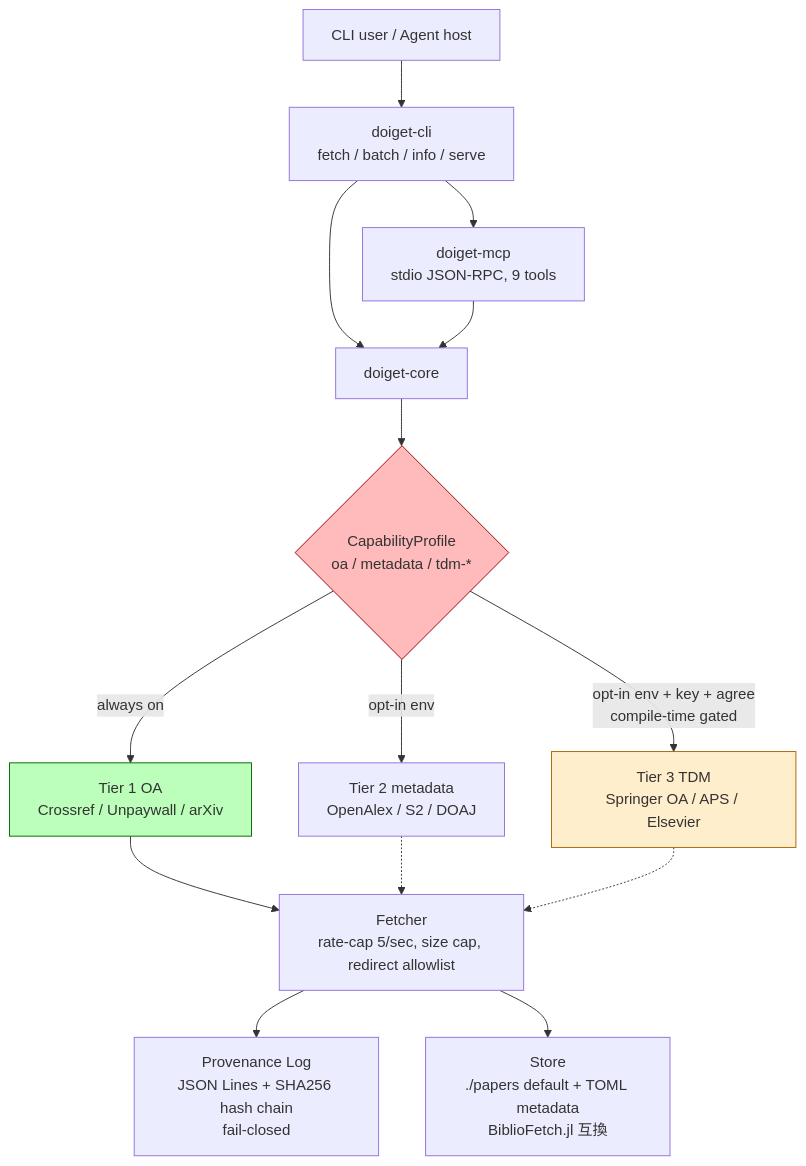
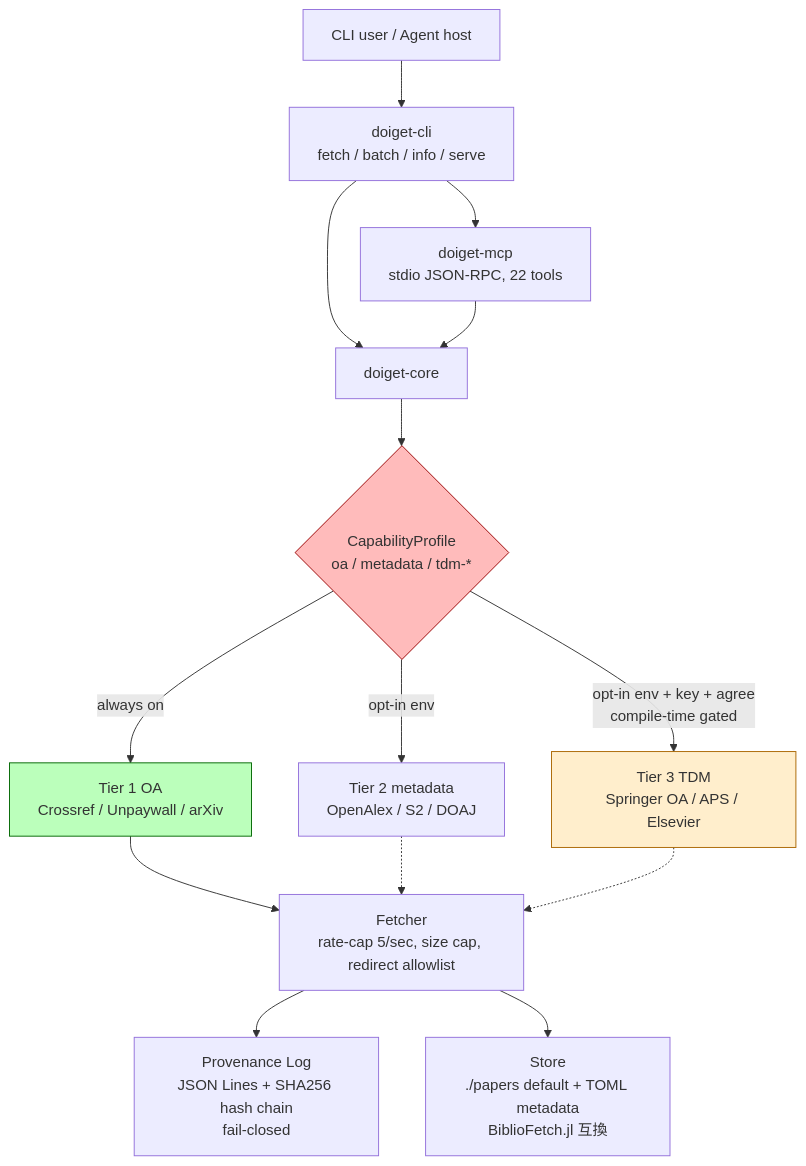
One commit to QAtlasHub/doiget changed the first of 3 diagrams in docs/ARCHITECTURE.md. Above: the diagram before and after it, drawn with Mermaid. The commit also changed 2 other files, not shown here.

Commit message:
docs: the architecture diagram said 9 MCP tools; there are 22
`#[tool(` appears 22 times in doiget-mcp/src/lib.rs and MCP_TOOLS.md
documents 22 names. INTEGRATION/claude-code.md already said 22, so two
documents in the same repository have been contradicting each other since
somewhere before 0.8.6 -- which is when the 22-tool safety annotations
shipped.

Found while answering what the three crates are for, which meant reading
the diagram that describes them.

````diff
--- a/docs/ARCHITECTURE.md
+++ b/docs/ARCHITECTURE.md
@@ -22,27 +22,27 @@
 ```mermaid
 flowchart TB
     User[CLI user / Agent host]
     User --> CLI[doiget-cli<br/>fetch / batch / info / serve]
-    CLI --> MCP[doiget-mcp<br/>stdio JSON-RPC, 9 tools]
+    CLI --> MCP[doiget-mcp<br/>stdio JSON-RPC, 22 tools]
     CLI --> Core[doiget-core]
     MCP --> Core
 
     Core --> Cap{CapabilityProfile<br/>oa / metadata / tdm-*}
     Cap -->|always on| OA[Tier 1 OA<br/>Crossref / Unpaywall / arXiv]
     Cap -->|opt-in env| Meta[Tier 2 metadata<br/>OpenAlex / S2 / DOAJ]
     Cap -->|opt-in env + key + agree<br/>compile-time gated| TDM[Tier 3 TDM<br/>Springer OA / APS / Elsevier]
 
     OA --> Fetcher[Fetcher<br/>rate-cap 5/sec, size cap, redirect allowlist]
     Meta -.-> Fetcher
     TDM -.-> Fetcher
 
     Fetcher --> Log[Provenance Log<br/>JSON Lines + SHA256 hash chain<br/>fail-closed]
     Fetcher --> Store[Store<br/>./papers default + TOML metadata<br/>BiblioFetch.jl 互換]
 
     classDef hot fill:#fbb,stroke:#900
     classDef oa fill:#bfb,stroke:#060
     classDef gated fill:#fec,stroke:#a60
     class Cap hot
     class OA oa
     class TDM gated
 ```
````
